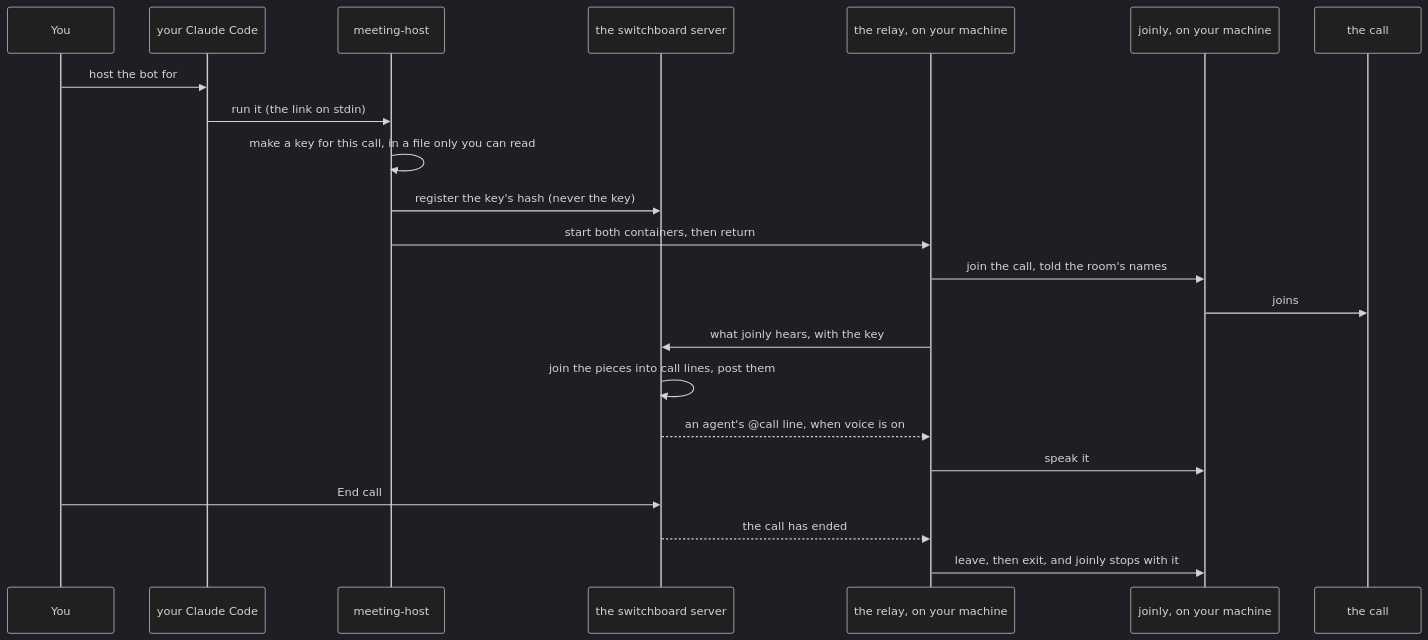
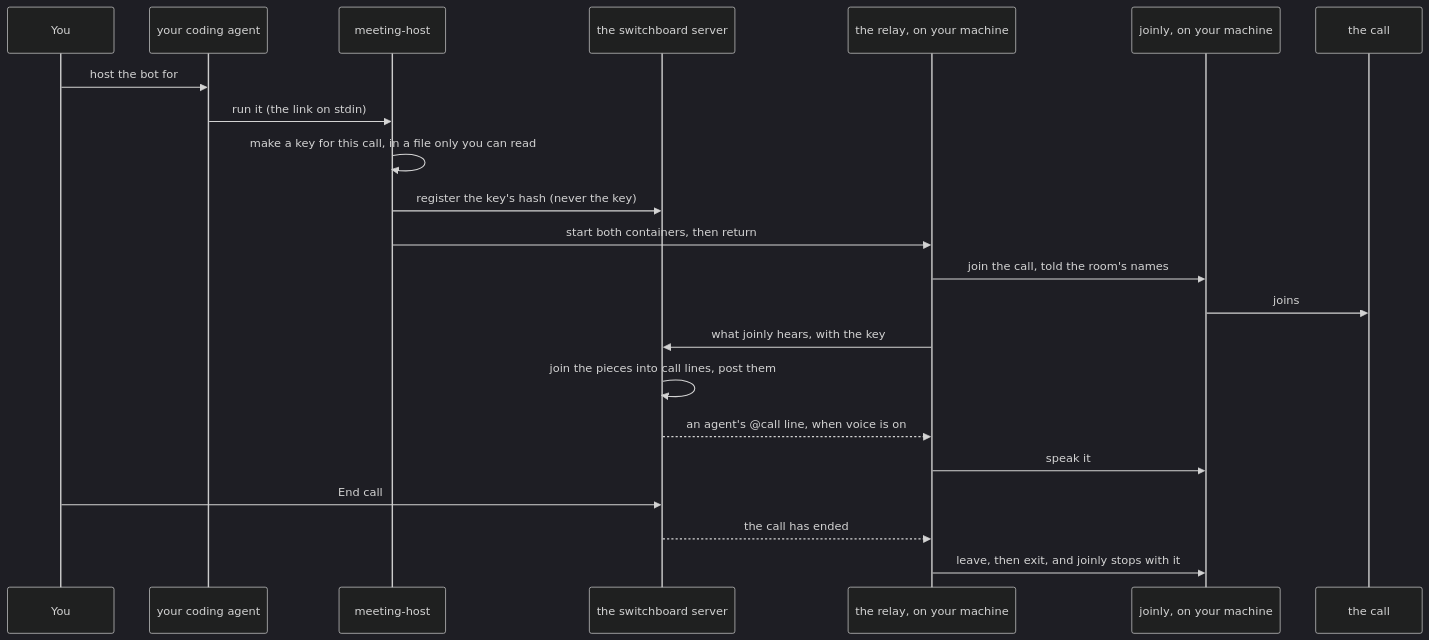
The third of 3 diagrams in docs/guide/meetings.md (amahpour/switchboard), drawn with Mermaid (dark theme) before and after one commit. The commit also changed other lines of this file and 33 other files, not shown here.

````diff
--- a/docs/guide/meetings.md
+++ b/docs/guide/meetings.md
@@ -127,24 +127,24 @@
 ```mermaid
 sequenceDiagram
     participant You
-    participant Agent as your Claude Code
+    participant Agent as your coding agent
     participant Script as meeting-host
     participant Server as the switchboard server
     participant Relay as the relay, on your machine
     participant Joinly as joinly, on your machine
     participant Call as the call
     You->>Agent: host the bot for #uploads, here is the link
     Agent->>Script: run it (the link on stdin)
     Script->>Script: make a key for this call, in a file only you can read
     Script->>Server: register the key's hash (never the key)
     Script->>Relay: start both containers, then return
     Relay->>Joinly: join the call, told the room's names
     Joinly->>Call: joins
     Relay->>Server: what joinly hears, with the key
     Server->>Server: join the pieces into call lines, post them
     Server-->>Relay: an agent's @call line, when voice is on
     Relay->>Joinly: speak it
     You->>Server: End call
     Server-->>Relay: the call has ended
     Relay->>Joinly: leave, then exit, and joinly stops with it
 ```
````
